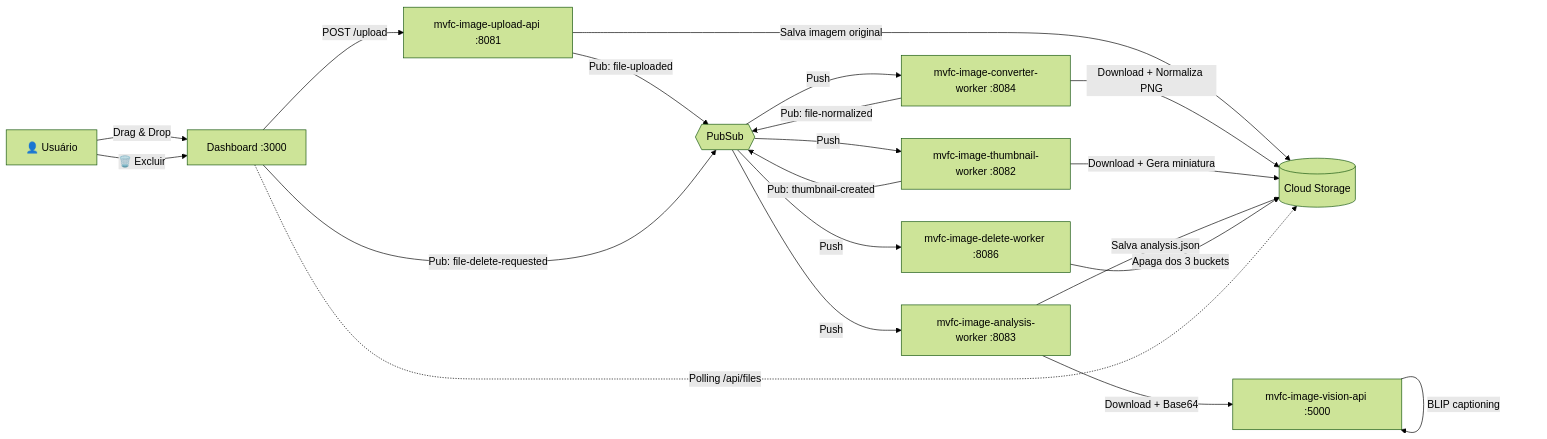
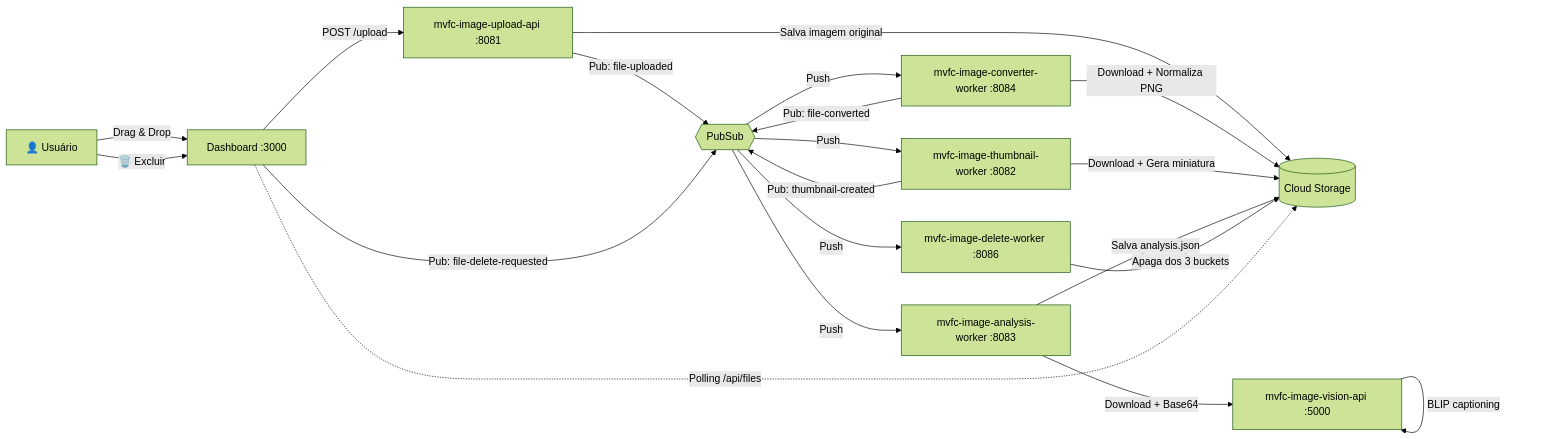
The first of 5 diagrams in README.pt-BR.md (Marcus-V-Freitas/MVFC.ImageProcessing), drawn with Mermaid (forest theme) before and after one commit. The commit also changed other lines of this file and 59 other files, not shown here.

First line of the commit message:
refactor(core): adopt Clean Architecture, CQRS, and optimize Docker build caching

````diff
--- a/README.pt-BR.md
+++ b/README.pt-BR.md
@@ -75,22 +75,22 @@
 ```mermaid
 graph LR
     U["👤 Usuário"] -->|Drag & Drop| DASH["Dashboard :3000"]
     U -->|"🗑️ Excluir"| DASH
     DASH -->|POST /upload| API["mvfc-image-upload-api :8081"]
     API -->|Salva imagem original| GCS[("Cloud Storage")]
     API -->|"Pub: file-uploaded"| PS{{"PubSub"}}
     PS -->|Push| CONV["mvfc-image-converter-worker :8084"]
     CONV -->|"Download + Normaliza PNG"| GCS
-    CONV -->|"Pub: file-normalized"| PS
+    CONV -->|"Pub: file-converted"| PS
     PS -->|Push| TW["mvfc-image-thumbnail-worker :8082"]
     TW -->|"Download + Gera miniatura"| GCS
     TW -->|"Pub: thumbnail-created"| PS
     PS -->|Push| IA["mvfc-image-analysis-worker :8083"]
     IA -->|"Download + Base64"| VA["mvfc-image-vision-api :5000"]
     VA -->|BLIP captioning| VA
     IA -->|Salva analysis.json| GCS
     DASH -->|"Pub: file-delete-requested"| PS
     PS -->|Push| DEL["mvfc-image-delete-worker :8086"]
     DEL -->|"Apaga dos 3 buckets"| GCS
     DASH -.->|"Polling /api/files"| GCS
 ```
````
